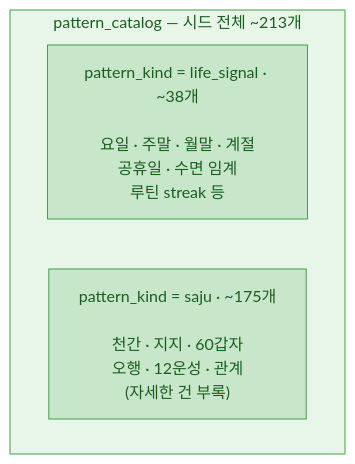
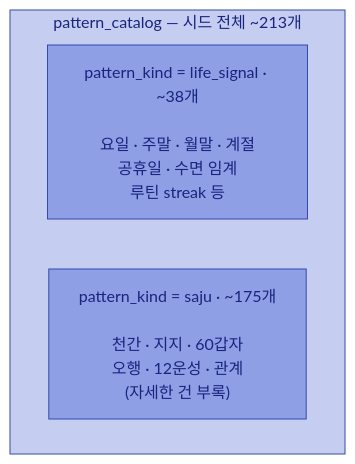
Before and after one commit to hyewon3938/slack-ai-agents: the third of 9 diagrams in docs/explainers/insight-v2.md, drawn with Mermaid. The commit also changed other lines of this file, not shown here.

````diff
--- a/docs/explainers/insight-v2.md
+++ b/docs/explainers/insight-v2.md
@@ -167,13 +168,13 @@
 ```mermaid
 flowchart TB
   subgraph PC["pattern_catalog — 시드 전체 ~213개"]
     direction LR
     LIFE["pattern_kind = life_signal · ~38개<br/><br/>요일 · 주말 · 월말 · 계절<br/>공휴일 · 수면 임계<br/>루틴 streak 등"]
     SAJU["pattern_kind = saju · ~175개<br/><br/>천간 · 지지 · 60갑자<br/>오행 · 12운성 · 관계<br/>(자세한 건 부록)"]
   end
 
-  classDef seedBox fill:#e8f5e9,stroke:#43a047,color:#1b5e20
-  classDef seedNode fill:#c8e6c9,stroke:#43a047,color:#1b5e20
+  classDef seedBox fill:#C5CEF0,stroke:#3949ab,color:#1a237e
+  classDef seedNode fill:#8E9FE6,stroke:#3949ab,color:#1a237e
   class PC seedBox
   class LIFE,SAJU seedNode
 ```
````
